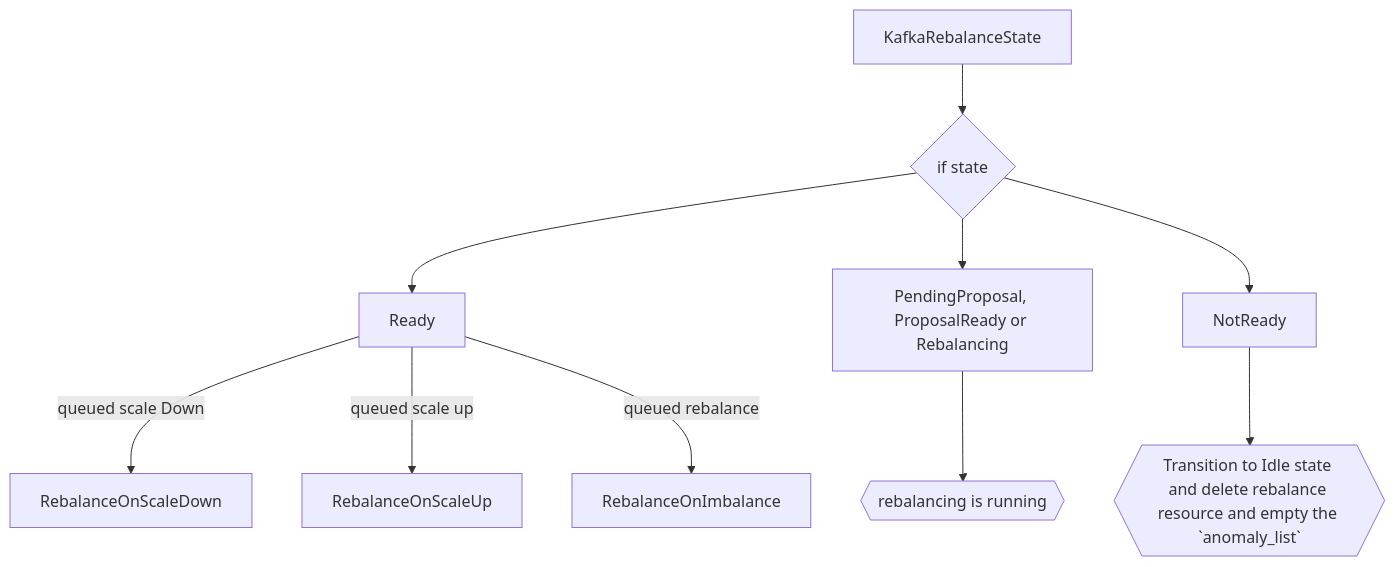
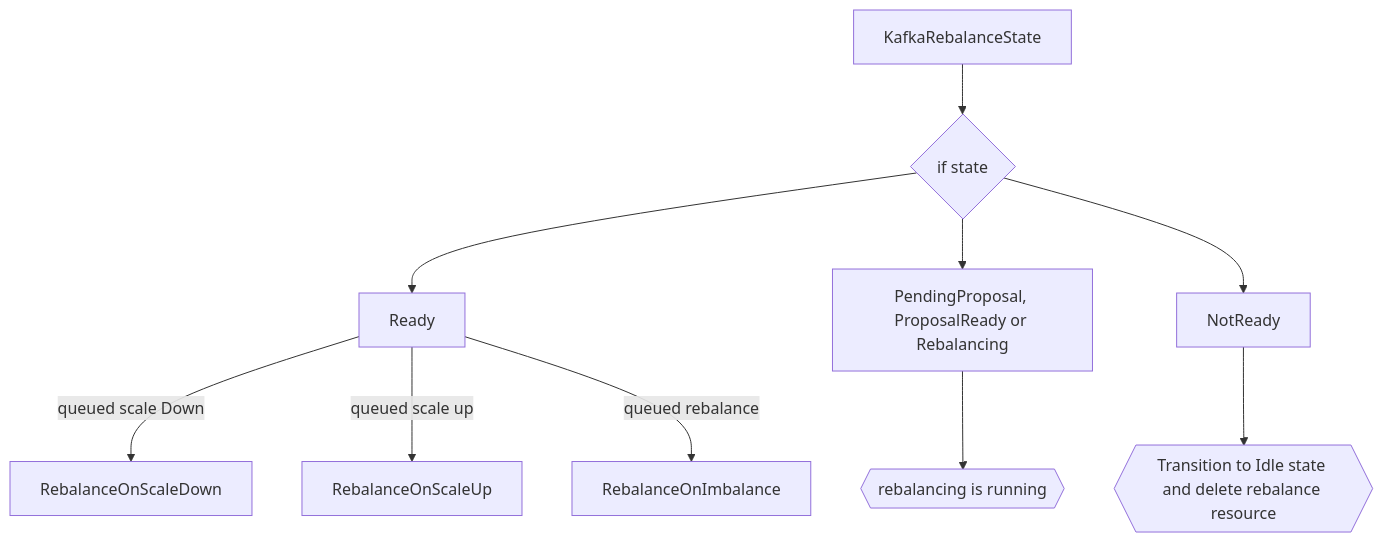
Before and after one commit to strimzi/proposals: the sixth of 6 diagrams in 106-auto-rebalance-on-imbalanced-clusters.md, drawn with Mermaid. The commit also changed other lines of this file, not shown here.

````diff
--- a/106-auto-rebalance-on-imbalanced-clusters.md
+++ b/106-auto-rebalance-on-imbalanced-clusters.md
@@ -455,12 +499,12 @@
 ```mermaid
 flowchart TB
   A[KafkaRebalanceState] --> B{if state}
   B --> C[Ready]
   C -- queued scale Down --> D[RebalanceOnScaleDown]
   C -- queued scale up --> E[RebalanceOnScaleUp]
   C -- queued rebalance --> F[RebalanceOnImbalance]
   B --> G[PendingProposal, ProposalReady or Rebalancing]
   G --> H{{rebalancing is running}}
   B --> I[NotReady]
-  I --> J{{Transition to Idle state and delete rebalance resource and empty the `anomaly_list`}}
+  I --> J{{Transition to Idle state and delete rebalance resource}}
 ```
````
